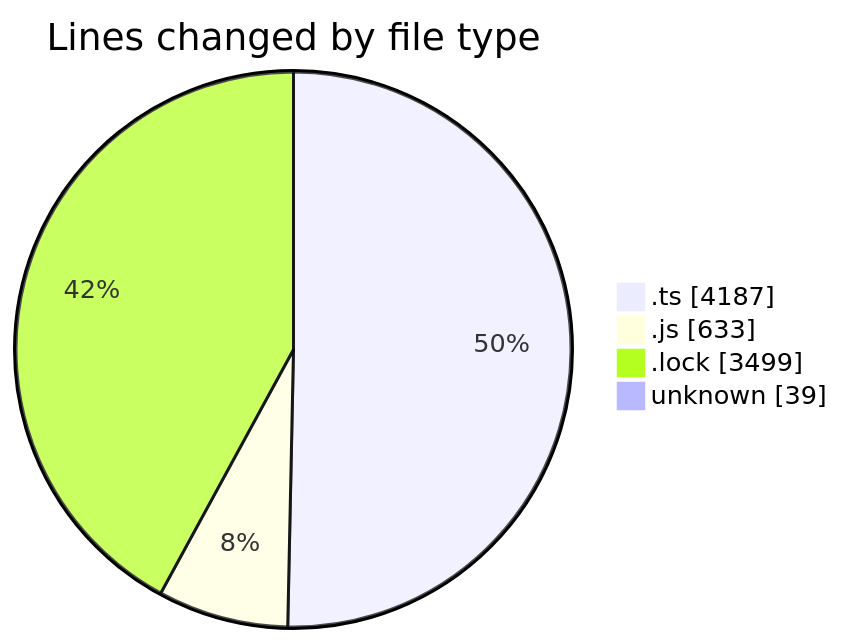
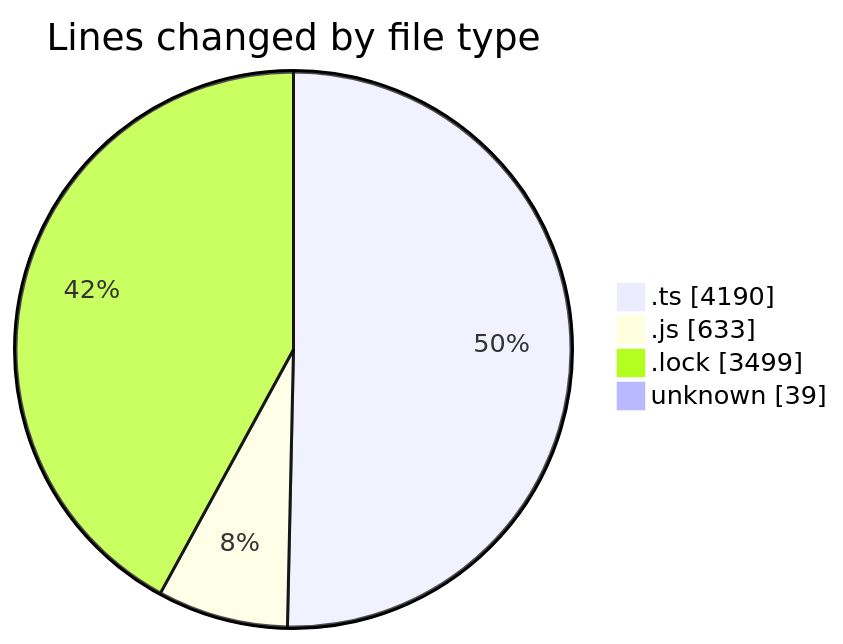
One commit to momahboobian/code-tracking changed the first of 2 diagrams in 2025-05-20/cda/README.md. Above: the diagram before and after it, drawn with Mermaid. The commit also changed other lines of this file and 1 other file, not shown here.

````diff
--- a/2025-05-20/cda/README.md
+++ b/2025-05-20/cda/README.md
@@ -30,8 +30,8 @@
 ```mermaid
 pie showData
 title Lines changed by file type
-".ts" : 4187
+".ts" : 4190
 ".js" : 633
 ".lock" : 3499
 "unknown" : 39
 ```
````
